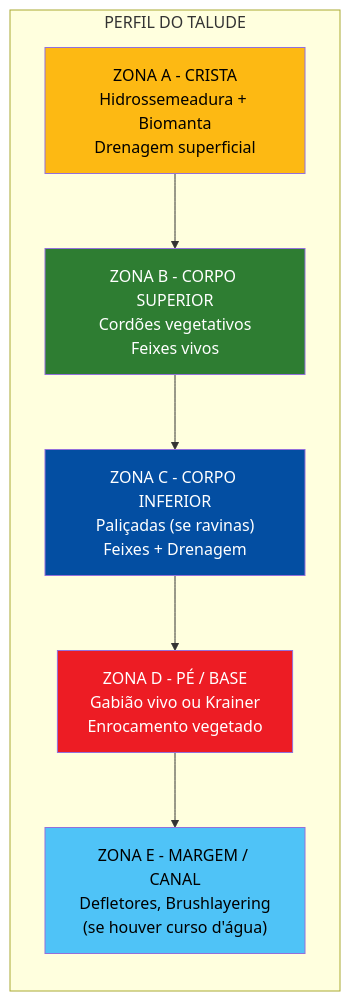
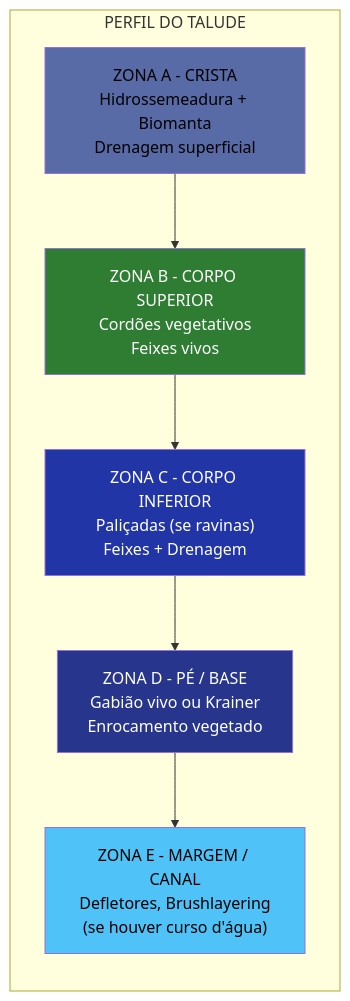
One commit to ldvsantos/cv changed the fourth of 7 diagrams in aulas/bioengenharia_de_solos/aulas/projeto_integrador/projeto_integrador.qmd. Above: the diagram before and after it, drawn with Mermaid. The commit also changed other lines of this file and 466 other files, not shown here.

````diff
--- a/aulas/bioengenharia_de_solos/aulas/projeto_integrador/projeto_integrador.qmd
+++ b/aulas/bioengenharia_de_solos/aulas/projeto_integrador/projeto_integrador.qmd
@@ -277,21 +275,21 @@
 ```{mermaid}
 %%| fig-width: 5.5
 graph TD
     subgraph Talude["PERFIL DO TALUDE"]
         direction TB
         A["ZONA A - CRISTA<br>Hidrossemeadura + Biomanta<br>Drenagem superficial"]
         B["ZONA B - CORPO SUPERIOR<br>Cordões vegetativos<br>Feixes vivos"]
         C["ZONA C - CORPO INFERIOR<br>Paliçadas (se ravinas)<br>Feixes + Drenagem"]
         D["ZONA D - PÉ / BASE<br>Gabião vivo ou Krainer<br>Enrocamento vegetado"]
         E["ZONA E - MARGEM / CANAL<br>Defletores, Brushlayering<br>(se houver curso d'água)"]
     end
     A --> B
     B --> C
     C --> D
     D --> E
-    style A fill:#FDB913,color:#000
+    style A fill:#586BA6,color:#000
     style B fill:#2E7D32,color:#fff
-    style C fill:#034EA2,color:#fff
-    style D fill:#ED1C24,color:#fff
+    style C fill:#2135A6,color:#fff
+    style D fill:#27368C,color:#fff
     style E fill:#4FC3F7,color:#000
 ```
````
